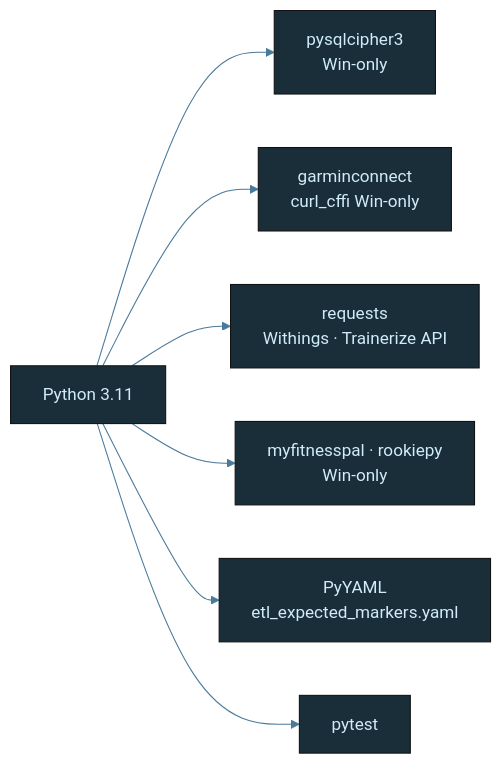
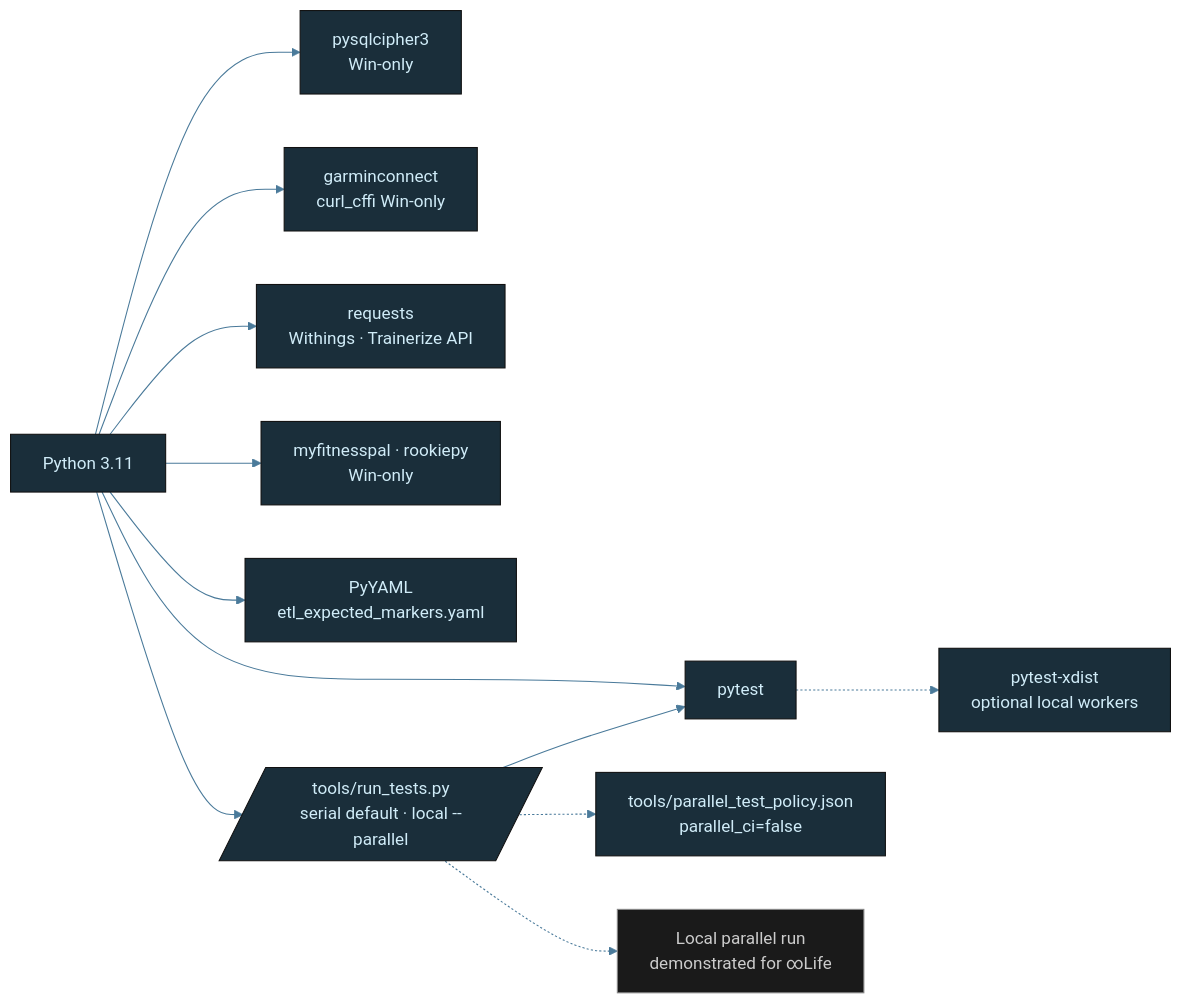
Before and after one commit to tylerdrakemusic/-Workspace: the diagram in diagrams/life-tech-stack.mmd, drawn with Mermaid. The commit also changed 14 other files, not shown here.

Commit message:
⊕ workspace: package parallel test execution

```diff
--- a/diagrams/life-tech-stack.mmd
+++ b/diagrams/life-tech-stack.mmd
@@ -1,20 +1,26 @@
 %%{init: {'theme': 'base', 'themeVariables': {'primaryColor': '#1a2e3a', 'primaryTextColor': '#d0ecf8', 'edgeLabelBackground': '#0f1318', 'lineColor': '#4a7a9a'}}}%%
 graph LR
     Python[Python 3.11] --> SQLCipher[pysqlcipher3<br/>Win-only]
     Python --> Garmin[garminconnect<br/>curl_cffi Win-only]
     Python --> Requests[requests<br/>Withings · Trainerize API]
     Python --> MFP[myfitnesspal · rookiepy<br/>Win-only]
     Python --> YAML[PyYAML<br/>etl_expected_markers.yaml]
     Python --> Pytest[pytest]
+    Python --> TestRunner[/tools/run_tests.py<br/>serial default · local --parallel/]
+    TestRunner --> Pytest
+    TestRunner -.-> TestPolicy[tools/parallel_test_policy.json<br/>parallel_ci=false]
+    Pytest -.-> Xdist[pytest-xdist<br/>optional local workers]
+    TestRunner -.-> ParallelEvidence[Local parallel run<br/>demonstrated for ∞Life]
     class Python lang
-    class SQLCipher,Garmin,Requests,MFP,YAML,Pytest lib
+    class SQLCipher,Garmin,Requests,MFP,YAML,Pytest,TestRunner,TestPolicy,Xdist lib
+    class ParallelEvidence state
 
 classDef life     fill:#1a2e3a,stroke:#6ab4d4,color:#d0ecf8
 classDef music    fill:#3a1a24,stroke:#d47a8f,color:#f8d0dc
 classDef quantum  fill:#251a3a,stroke:#a07adf,color:#e8d0f8
 classDef manifest fill:#3a2e1a,stroke:#d4a96a,color:#f8ead0
 classDef ws       fill:#1a3a30,stroke:#6ad4b4,color:#d0f8ee
 classDef tyler    fill:#2a1a3a,stroke:#9e4aff,color:#fff
 classDef ext      fill:#3a2020,stroke:#ff7a7a,color:#ffd0d0
 classDef db       fill:#3a3010,stroke:#d4c050,color:#f8f0c0
 classDef state    fill:#1a1a1a,stroke:#888888,color:#cccccc
```
